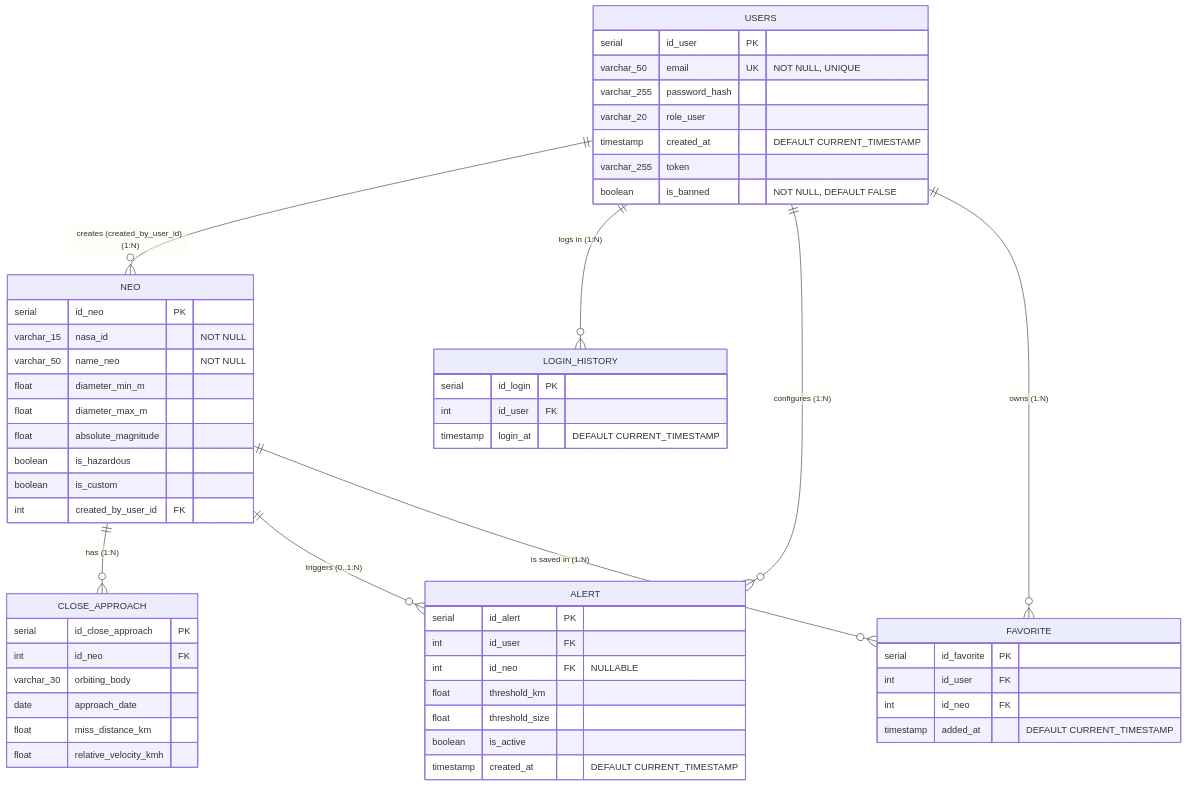
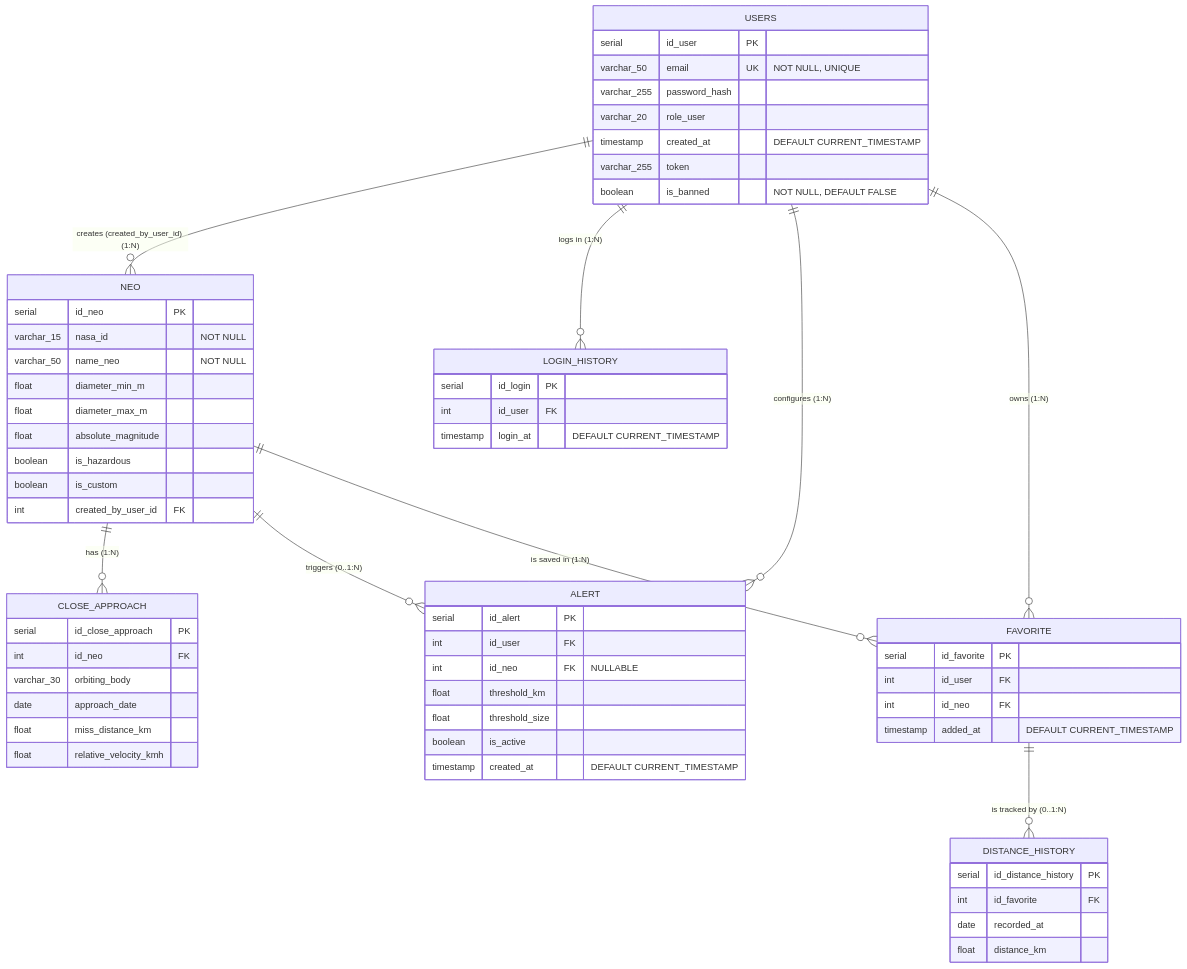
One commit to Yazaaaaaa/ensai-it-project-2a-team2 changed the diagram in doc/diagram/diagram_bdd.md. Above: the diagram before and after it, drawn with Mermaid.

Commit message:
Add DISTANCE_HISTORY table to diagram

````diff
--- a/doc/diagram/diagram_bdd.md
+++ b/doc/diagram/diagram_bdd.md
@@ -1,65 +1,73 @@
 ```mermaid
 erDiagram
     USERS {
         serial id_user PK
         varchar_50 email UK "NOT NULL, UNIQUE"
         varchar_255 password_hash
         varchar_20 role_user
         timestamp created_at "DEFAULT CURRENT_TIMESTAMP"
         varchar_255 token
         boolean is_banned "NOT NULL, DEFAULT FALSE"
     }
 
     NEO {
         serial id_neo PK
         varchar_15 nasa_id "NOT NULL"
         varchar_50 name_neo "NOT NULL"
         float diameter_min_m
         float diameter_max_m
         float absolute_magnitude
         boolean is_hazardous
         boolean is_custom
         int created_by_user_id FK
     }
 
     CLOSE_APPROACH {
         serial id_close_approach PK
         int id_neo FK
         varchar_30 orbiting_body
         date approach_date
         float miss_distance_km
         float relative_velocity_kmh
     }
 
     LOGIN_HISTORY {
         serial id_login PK
         int id_user FK
         timestamp login_at "DEFAULT CURRENT_TIMESTAMP"
     }
 
     ALERT {
         serial id_alert PK
         int id_user FK
         int id_neo FK "NULLABLE"
         float threshold_km
         float threshold_size
         boolean is_active
         timestamp created_at "DEFAULT CURRENT_TIMESTAMP"
     }
 
     FAVORITE {
         serial id_favorite PK
         int id_user FK
         int id_neo FK
         timestamp added_at "DEFAULT CURRENT_TIMESTAMP"
     }
 
+    DISTANCE_HISTORY {
+        serial id_distance_history PK
+        int id_favorite FK
+        date recorded_at
+        float distance_km
+    }
+
 
     USERS ||--o{ NEO : "creates (created_by_user_id) (1:N)"
     USERS ||--o{ LOGIN_HISTORY : "logs in (1:N)"
     USERS ||--o{ ALERT : "configures (1:N)"
     USERS ||--o{ FAVORITE : "owns (1:N)"
     NEO ||--o{ CLOSE_APPROACH : "has (1:N)"
     NEO ||--o{ ALERT : "triggers (0..1:N)"
     NEO ||--o{ FAVORITE : "is saved in (1:N)"
+    FAVORITE ||--o{ DISTANCE_HISTORY : "is tracked by (0..1:N)"
 ```
````
